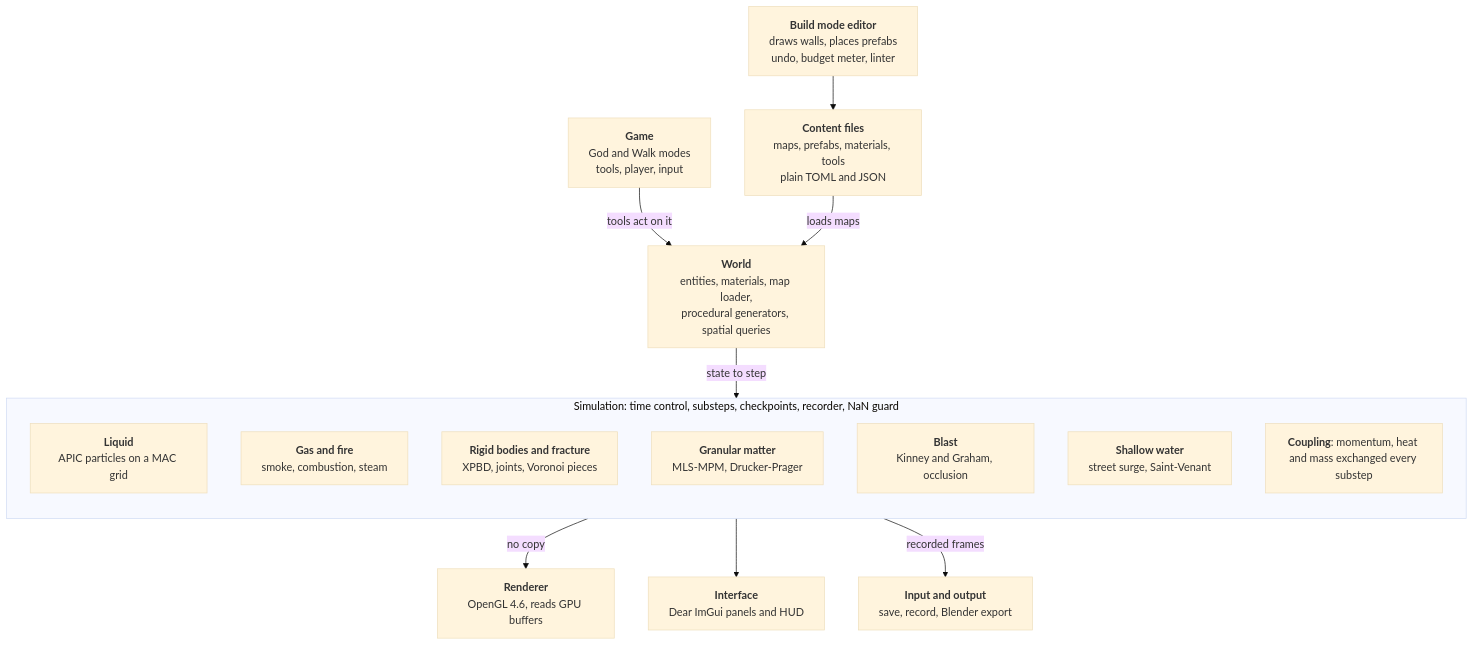
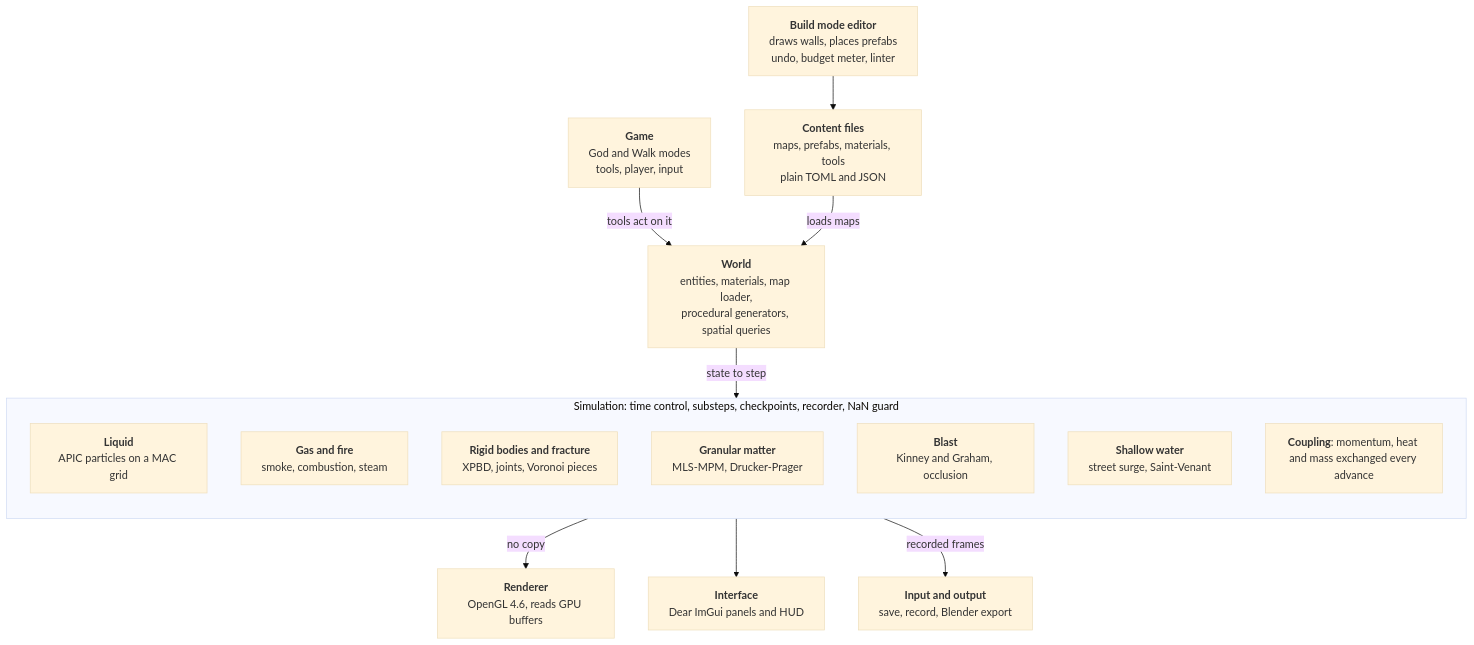
One commit to barbidoux/entropy changed the diagram in docs/SPEC.md. Above: the diagram before and after it, drawn with Mermaid (base theme). The commit also changed other lines of this file and 1 other file, not shown here.

Commit message:
docs: round-2 nits of the review of #37 (SPEC 8 diagram, US-03, ADR 0013)

````diff
--- a/docs/SPEC.md
+++ b/docs/SPEC.md
@@ -427,20 +427,20 @@
 ```mermaid
 flowchart TD
   game["<b>Game</b><br/>God and Walk modes<br/>tools, player, input"] -->|tools act on it| world
   editor["<b>Build mode editor</b><br/>draws walls, places prefabs<br/>undo, budget meter, linter"] --> content
   content["<b>Content files</b><br/>maps, prefabs, materials, tools<br/>plain TOML and JSON"] -->|loads maps| world
   world["<b>World</b><br/>entities, materials, map loader,<br/>procedural generators, spatial queries"] -->|state to step| sim
   subgraph sim["Simulation: time control, substeps, checkpoints, recorder, NaN guard"]
     direction TB
     liquid["<b>Liquid</b><br/>APIC particles on a MAC grid"]
     gas["<b>Gas and fire</b><br/>smoke, combustion, steam"]
     rigid["<b>Rigid bodies and fracture</b><br/>XPBD, joints, Voronoi pieces"]
     granular["<b>Granular matter</b><br/>MLS-MPM, Drucker-Prager"]
     blast["<b>Blast</b><br/>Kinney and Graham, occlusion"]
     swe["<b>Shallow water</b><br/>street surge, Saint-Venant"]
-    coupling["<b>Coupling</b>: momentum, heat and mass exchanged every substep"]
+    coupling["<b>Coupling</b>: momentum, heat and mass exchanged every advance"]
   end
   sim -->|no copy| render["<b>Renderer</b><br/>OpenGL 4.6, reads GPU buffers"]
   sim --> ui["<b>Interface</b><br/>Dear ImGui panels and HUD"]
   sim -->|recorded frames| io["<b>Input and output</b><br/>save, record, Blender export"]
 ```
````
